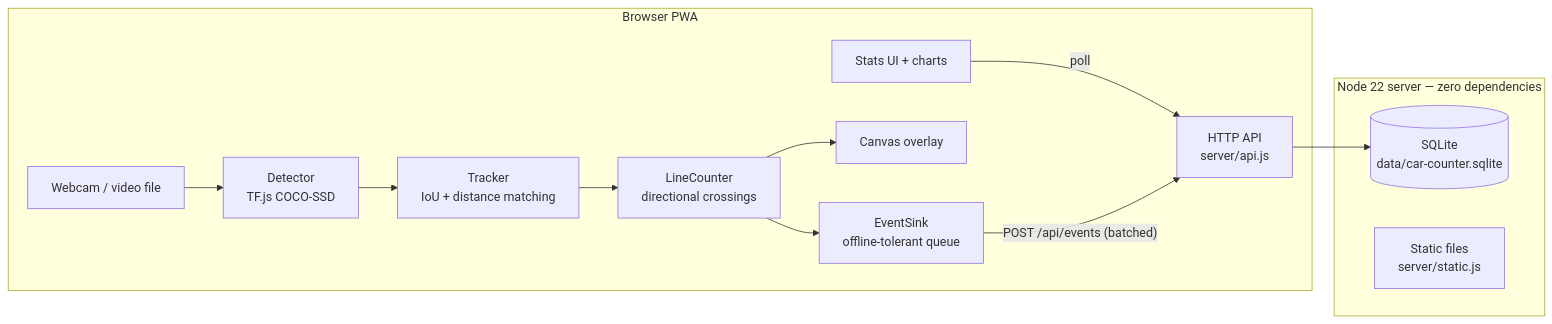
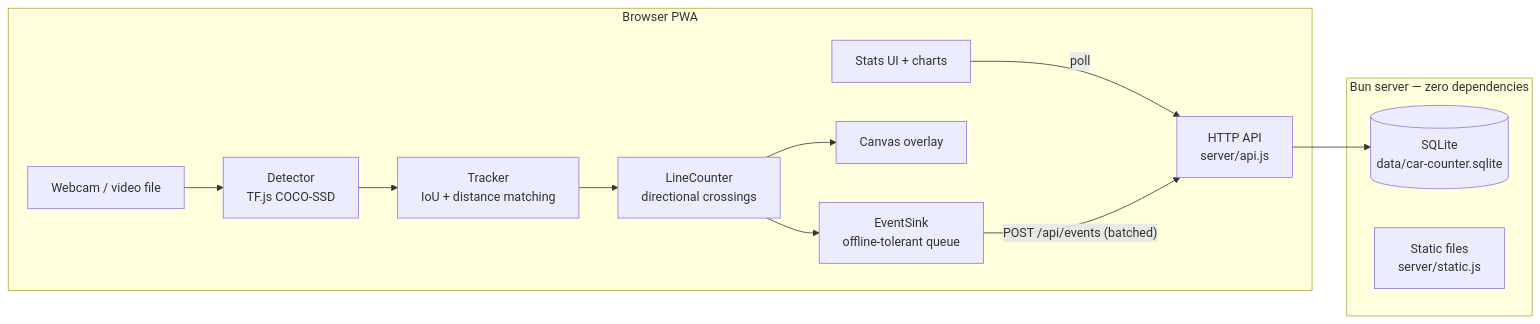
Before and after one commit to migmac99/car-counter: the diagram in docs/architecture.md, drawn with Mermaid. The commit also changed other lines of this file and 17 other files, not shown here.

First line of the commit message:
feat: migrate runtime from Node to Bun

````diff
--- a/docs/architecture.md
+++ b/docs/architecture.md
@@ -9,16 +9,16 @@
 ```mermaid
 flowchart LR
   subgraph Browser [Browser PWA]
     CAM[Webcam / video file] --> DET["Detector<br/>TF.js COCO-SSD"]
     DET --> TRK["Tracker<br/>IoU + distance matching"]
     TRK --> CNT["LineCounter<br/>directional crossings"]
     CNT --> SINK["EventSink<br/>offline-tolerant queue"]
     CNT --> OVR[Canvas overlay]
     UI[Stats UI + charts] --> |poll| API
   end
-  subgraph Server [Node 22 server — zero dependencies]
+  subgraph Server [Bun server — zero dependencies]
     API["HTTP API<br/>server/api.js"] --> DB[("SQLite<br/>data/car-counter.sqlite")]
     STATIC[Static files<br/>server/static.js]
   end
   SINK --> |"POST /api/events (batched)"| API
 ```
````
